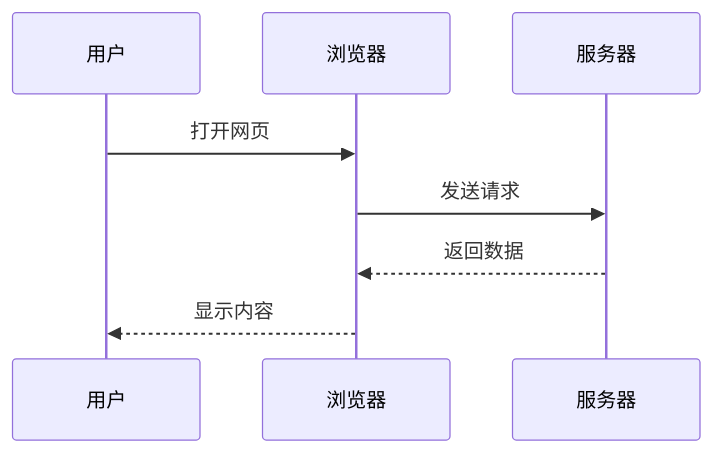
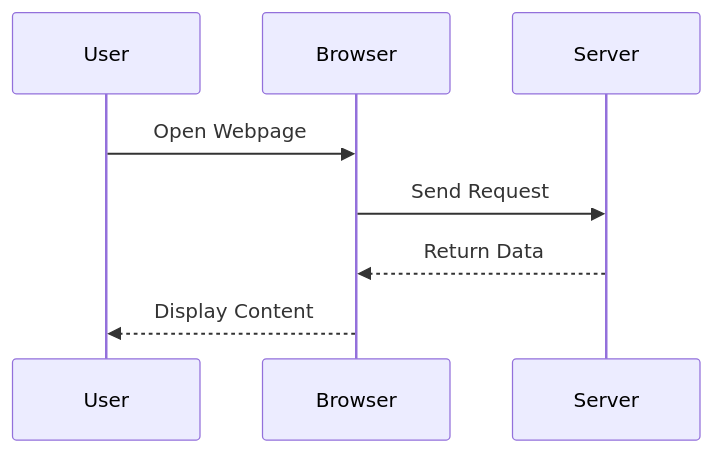
The second of 3 diagrams in example.md (cheneypan/markdown-viewer), drawn with Mermaid before and after one commit. The commit also changed other lines of this file, not shown here.

````diff
--- a/example.md
+++ b/example.md
@@ -49,10 +49,10 @@
 ```mermaid
 sequenceDiagram
-    participant 用户
-    participant 浏览器
-    participant 服务器
-    用户->>浏览器: 打开网页
-    浏览器->>服务器: 发送请求
-    服务器-->>浏览器: 返回数据
-    浏览器-->>用户: 显示内容
+    participant User
+    participant Browser
+    participant Server
+    User->>Browser: Open Webpage
+    Browser->>Server: Send Request
+    Server-->>Browser: Return Data
+    Browser-->>User: Display Content
 ```
````
